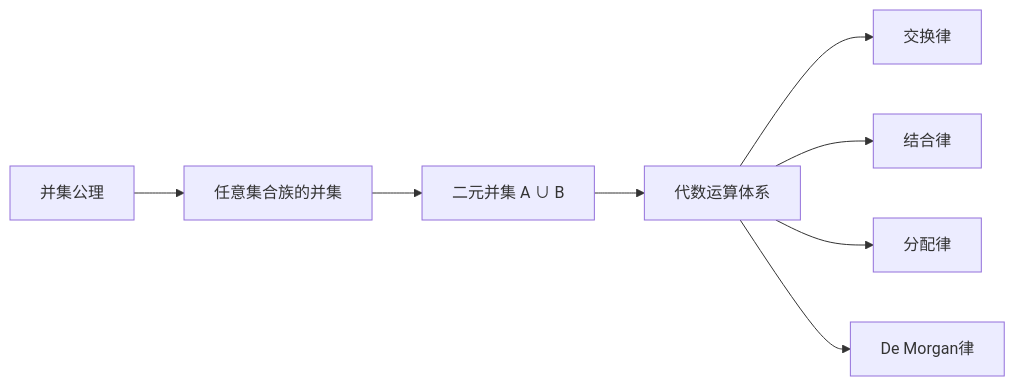
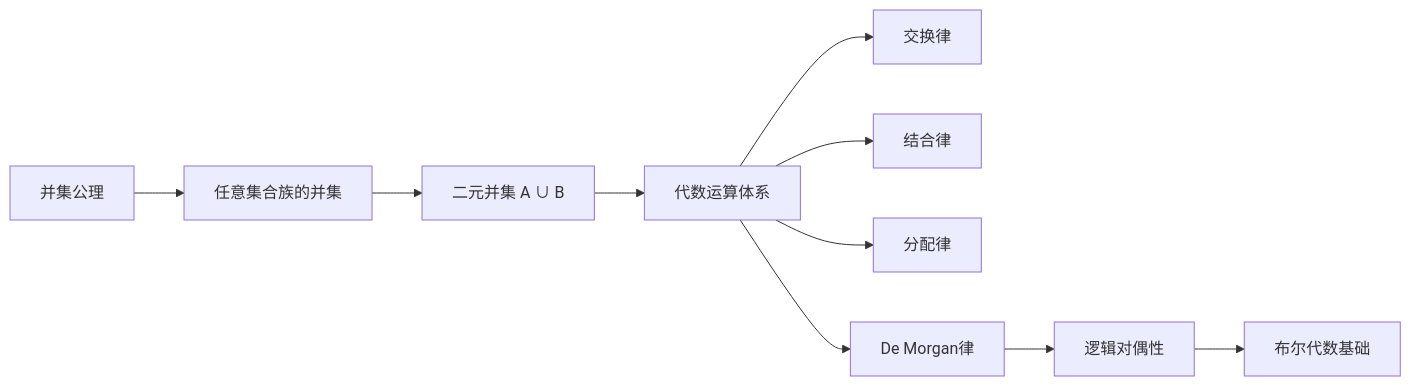
One commit to edaviogit/math-set-theory-study changed the eighth of 21 diagrams in 集合论公理系统完整总结.md. Above: the diagram before and after it, drawn with Mermaid. The commit also changed other lines of this file, not shown here.

````diff
--- a/集合论公理系统完整总结.md
+++ b/集合论公理系统完整总结.md
@@ -421,11 +422,14 @@
 ```mermaid
 graph LR
     A["并集公理"] --> B["任意集合族的并集"]
     B --> C["二元并集 A ∪ B"]
     C --> D["代数运算体系"]
     
     D --> E["交换律"]
     D --> F["结合律"]
     D --> G["分配律"]
     D --> H["De Morgan律"]
+    
+    H --> I["逻辑对偶性"]
+    I --> J["布尔代数基础"]
 ```
````
